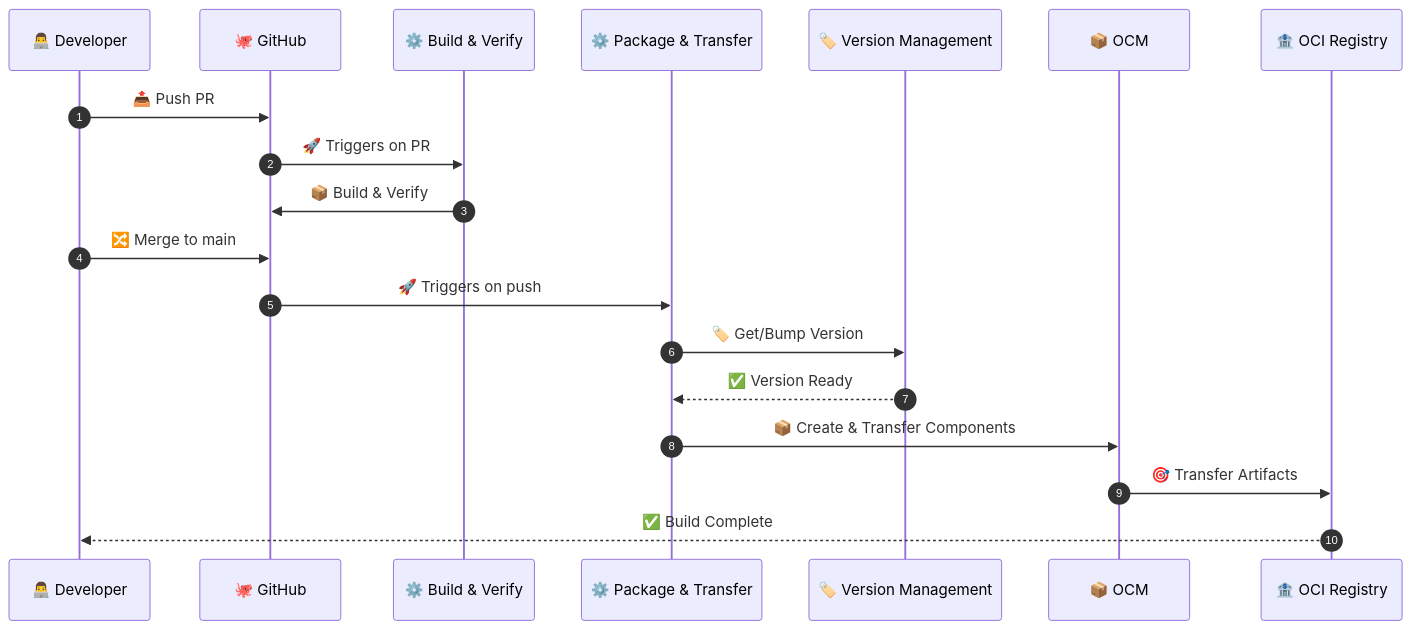
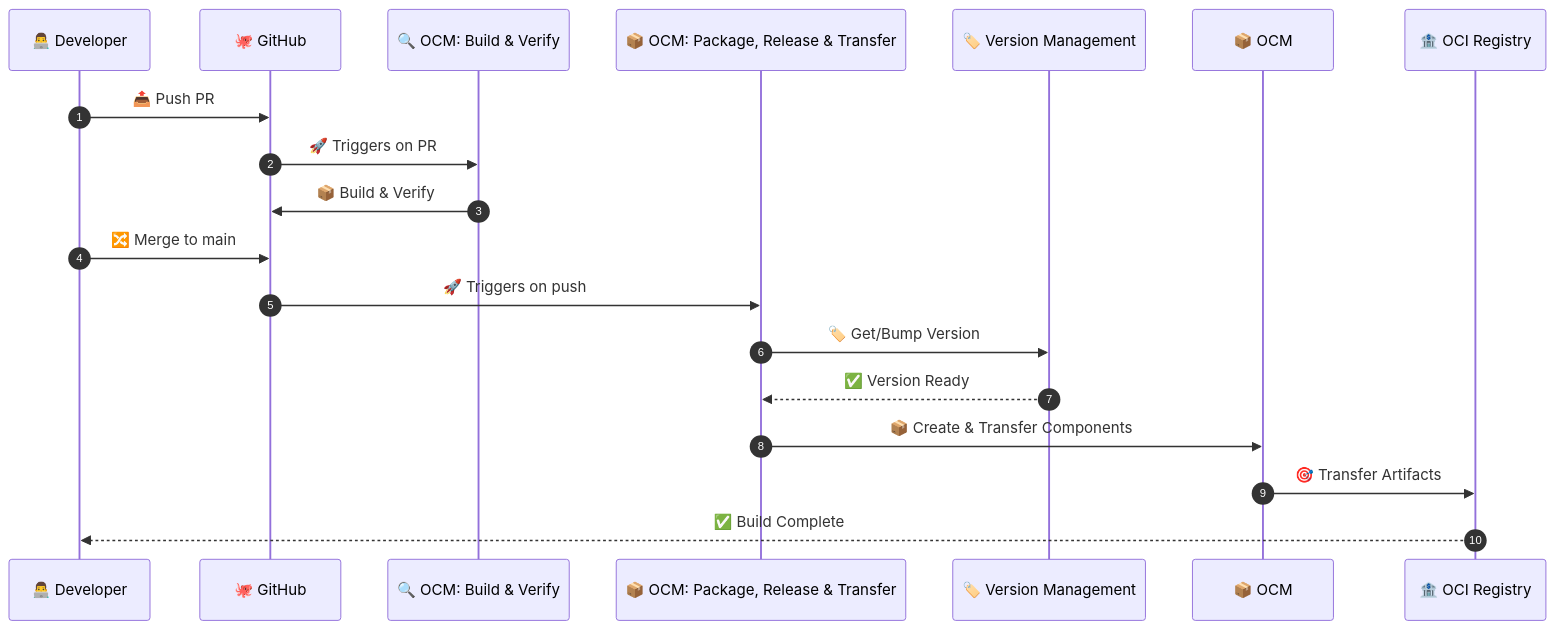
Before and after one commit to platform-mesh/samples-opendesk-ocm-landscaper: the third of 4 diagrams in README.md, drawn with Mermaid. The commit also changed other lines of this file and 5 other files, not shown here.

````diff
--- a/README.md
+++ b/README.md
@@ -250,21 +178,21 @@
 ```mermaid
 sequenceDiagram
     autonumber
     participant Dev as 👨‍💻 Developer
     participant GH as 🐙 GitHub
-    participant BuildVerify as ⚙️ Build & Verify
-    participant PackageTransfer as ⚙️ Package & Transfer
+    participant BuildVerify as 🔍 OCM: Build & Verify
+    participant PackageTransfer as 📦 OCM: Package, Release & Transfer
     participant Version as 🏷️ Version Management
     participant OCM as 📦 OCM
     participant Registry as 🏦 OCI Registry
     Dev->>GH: 📤 Push PR
     GH->>BuildVerify: 🚀 Triggers on PR
     BuildVerify->>GH: 📦 Build & Verify
     Dev->>GH: 🔀 Merge to main
     GH->>PackageTransfer: 🚀 Triggers on push
     PackageTransfer->>Version: 🏷️ Get/Bump Version
     Version-->>PackageTransfer: ✅ Version Ready
     PackageTransfer->>OCM: 📦 Create & Transfer Components
     OCM->>Registry: 🎯 Transfer Artifacts
     Registry-->>Dev: ✅ Build Complete
 ```
````
